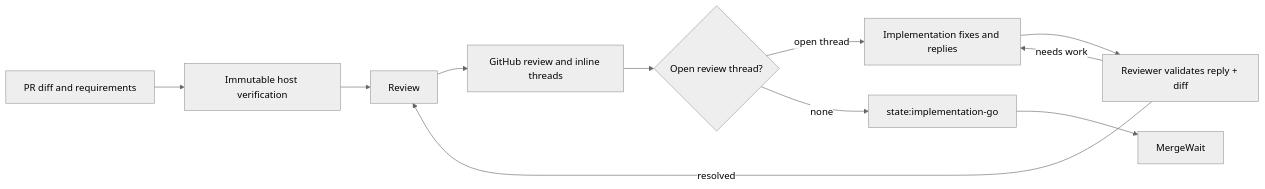
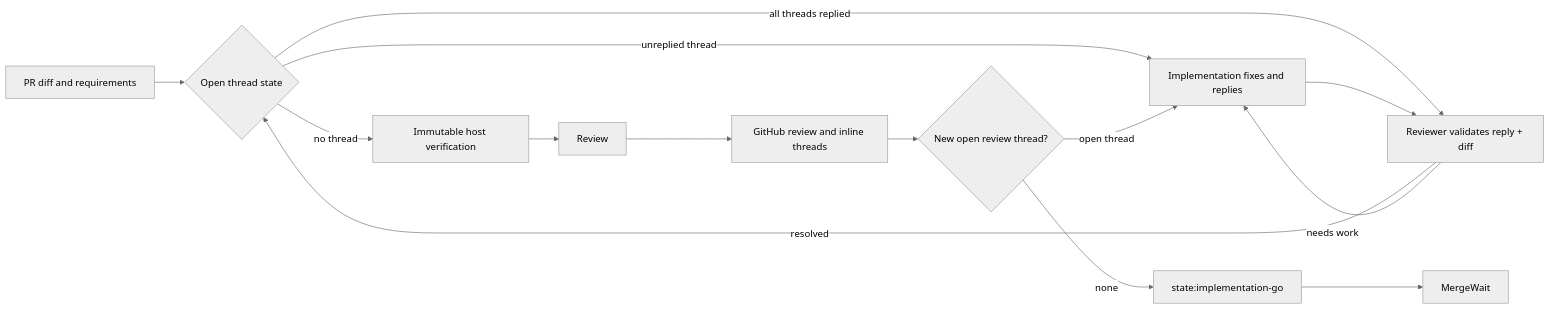
Before and after one commit to HomericIntelligence/Hephaestus: diagram 11 of 16 in docs/architecture.md, drawn with Mermaid (neutral theme). The commit also changed other lines of this file and 5 other files, not shown here.

````diff
--- a/docs/architecture.md
+++ b/docs/architecture.md
@@ -940,11 +946,15 @@
 ```mermaid
 flowchart LR
-    PR["PR diff and requirements"] --> Snapshot["Immutable host verification"] --> Review
+    PR["PR diff and requirements"] --> ThreadGate{"Open thread state"}
+    ThreadGate -->|"no thread"| Snapshot["Immutable host verification"] --> Review
+    ThreadGate -->|"unreplied thread"| Address["Implementation fixes and replies"]
+    ThreadGate -->|"all threads replied"| Validate["Reviewer validates reply + diff"]
     Review --> GitHub["GitHub review and inline threads"]
-    GitHub --> Gate{"Open review thread?"}
-    Gate -->|"open thread"| Address["Implementation fixes and replies"] --> Validate["Reviewer validates reply + diff"]
-    Validate -->|"resolved"| Review
+    GitHub --> Gate{"New open review thread?"}
+    Gate -->|"open thread"| Address
+    Address --> Validate
+    Validate -->|"resolved"| ThreadGate
     Validate -->|"needs work"| Address
     Gate -->|"none"| Approve["state:implementation-go"]
     Approve --> MergeWait
 ```
````
